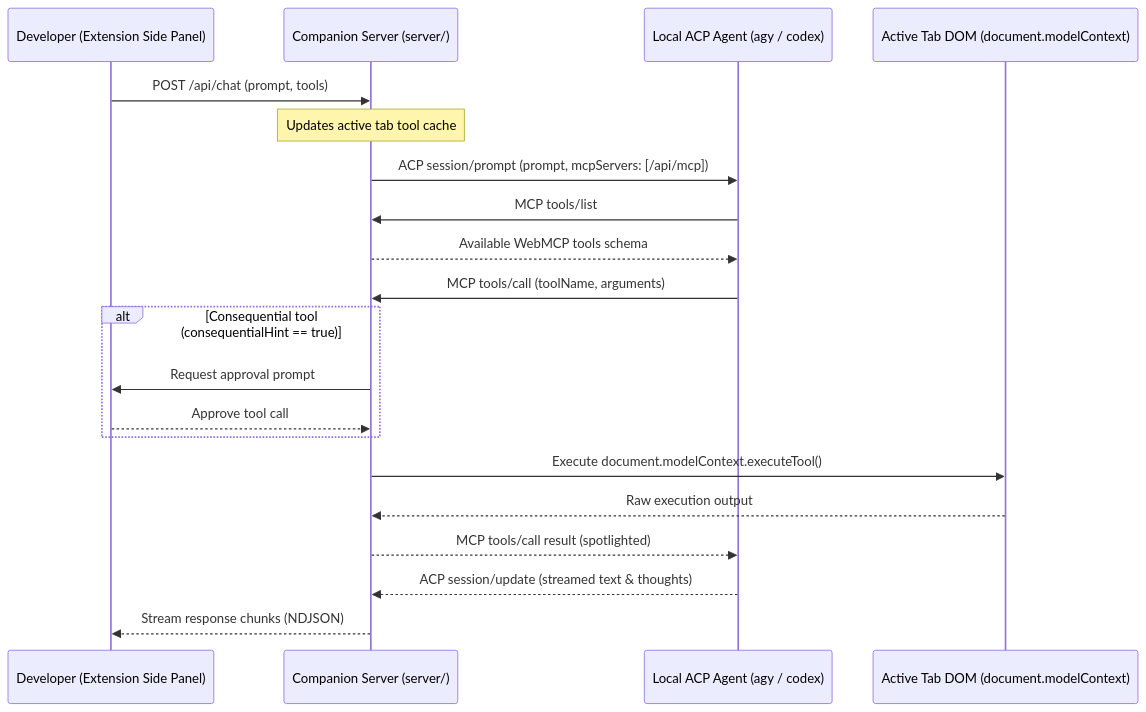
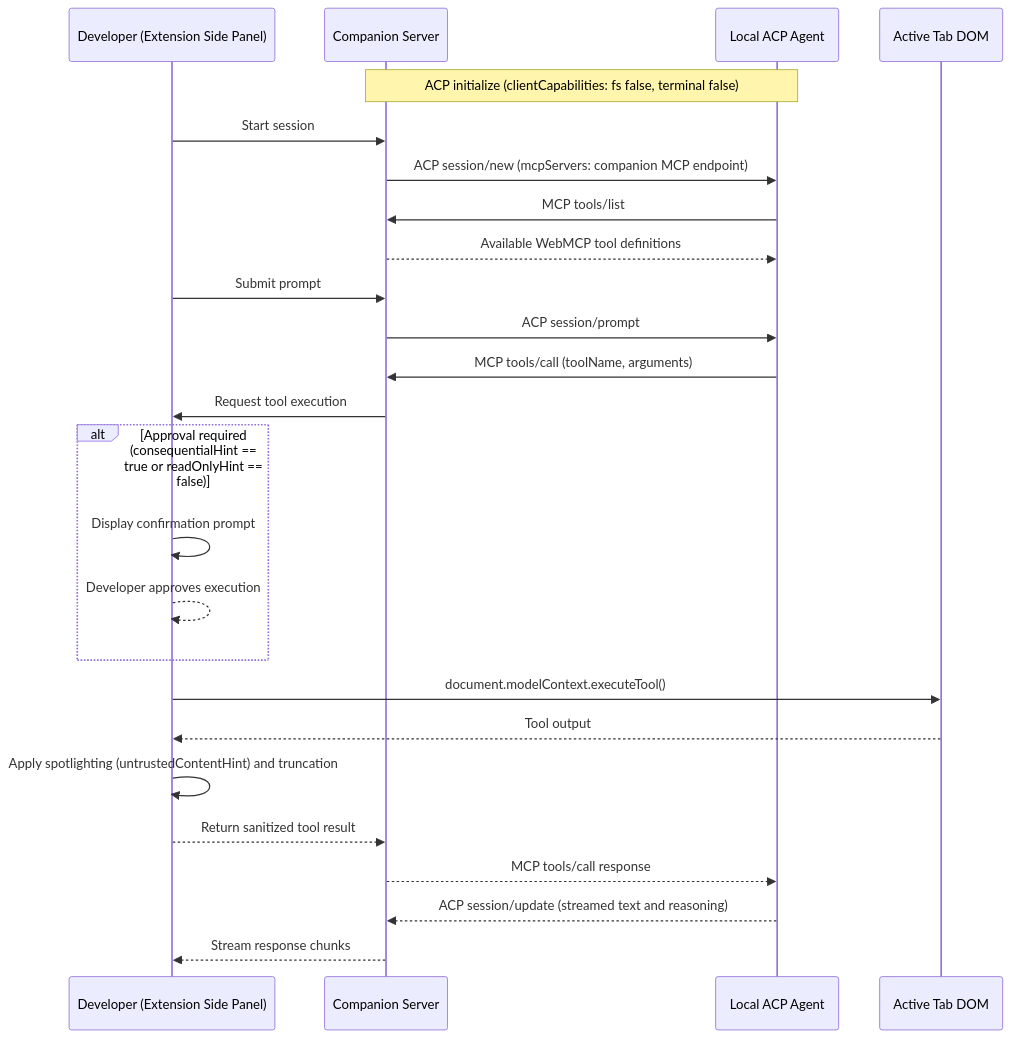
Before and after one commit to mkobit/webmcp-extension: the diagram in docs/upstream-issue.md, drawn with Mermaid. The commit also changed other lines of this file, not shown here.

Commit message:
docs: update upstream issue text for GitHub formatting and accuracy

````diff
--- a/docs/upstream-issue.md
+++ b/docs/upstream-issue.md
@@ -22,23 +27,28 @@
 ```mermaid
 sequenceDiagram
     participant User as Developer (Extension Side Panel)
-    participant Server as Companion Server (server/)
-    participant Agent as Local ACP Agent (agy / codex)
-    participant Tab as Active Tab DOM (document.modelContext)
+    participant Server as Companion Server
+    participant Agent as Local ACP Agent
+    participant Tab as Active Tab DOM
 
-    User->>Server: POST /api/chat (prompt, tools)
-    Note over Server: Updates active tab tool cache
-    Server->>Agent: ACP session/prompt (prompt, mcpServers: [/api/mcp])
+    Note over Server,Agent: ACP initialize (clientCapabilities: fs false, terminal false)
+    User->>Server: Start session
+    Server->>Agent: ACP session/new (mcpServers: companion MCP endpoint)
     Agent->>Server: MCP tools/list
-    Server-->>Agent: Available WebMCP tools schema
+    Server-->>Agent: Available WebMCP tool definitions
+    User->>Server: Submit prompt
+    Server->>Agent: ACP session/prompt
     Agent->>Server: MCP tools/call (toolName, arguments)
-    alt Consequential tool (consequentialHint == true)
-        Server->>User: Request approval prompt
-        User-->>Server: Approve tool call
+    Server->>User: Request tool execution
+    alt Approval required (consequentialHint == true or readOnlyHint == false)
+        User->>User: Display confirmation prompt
+        User-->>User: Developer approves execution
     end
-    Server->>Tab: Execute document.modelContext.executeTool()
-    Tab-->>Server: Raw execution output
-    Server-->>Agent: MCP tools/call result (spotlighted)
-    Agent-->>Server: ACP session/update (streamed text & thoughts)
-    Server-->>User: Stream response chunks (NDJSON)
+    User->>Tab: document.modelContext.executeTool()
+    Tab-->>User: Tool output
+    User->>User: Apply spotlighting (untrustedContentHint) and truncation
+    User-->>Server: Return sanitized tool result
+    Server-->>Agent: MCP tools/call response
+    Agent-->>Server: ACP session/update (streamed text and reasoning)
+    Server-->>User: Stream response chunks
 ```
````
